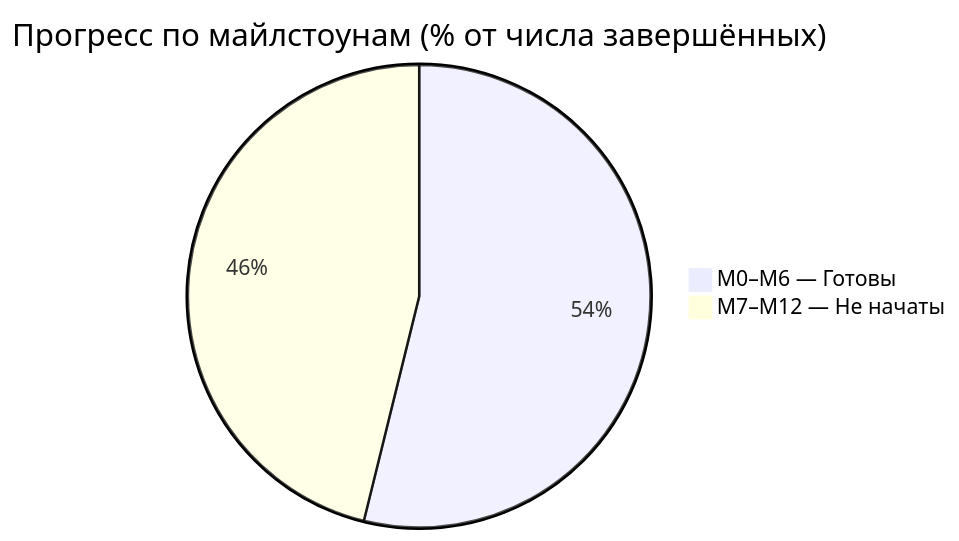
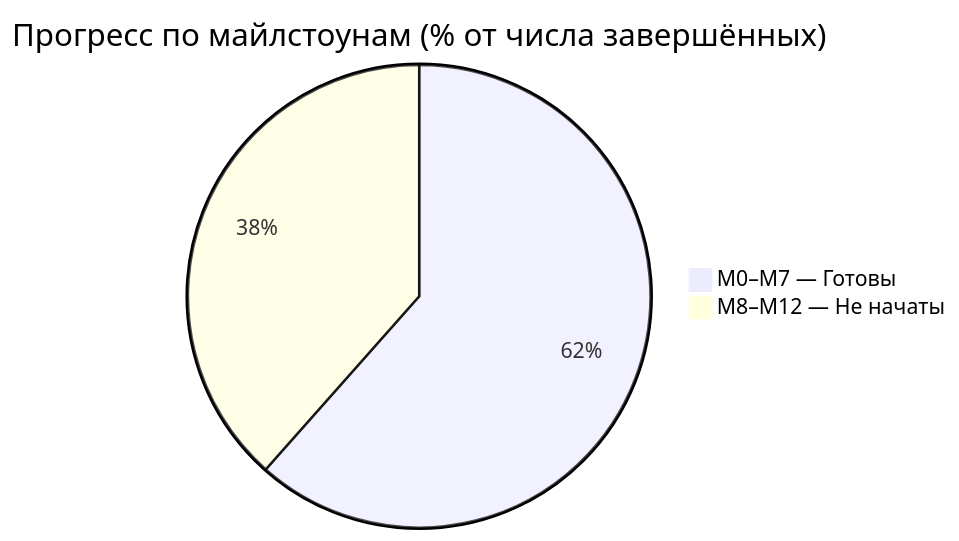
The diagram in Docs-Vault/00 - Dashboard.md (arcsymer/diplomaGame), drawn with Mermaid before and after one commit. The commit also changed other lines of this file and 93 other files, not shown here.

````diff
--- a/Docs-Vault/00 - Dashboard.md
+++ b/Docs-Vault/00 - Dashboard.md
@@ -29,5 +29,5 @@
 ```mermaid
 pie title Прогресс по майлстоунам (% от числа завершённых)
-    "M0–M6 — Готовы" : 7
-    "M7–M12 — Не начаты" : 6
+    "M0–M7 — Готовы" : 8
+    "M8–M12 — Не начаты" : 5
 ```
````
